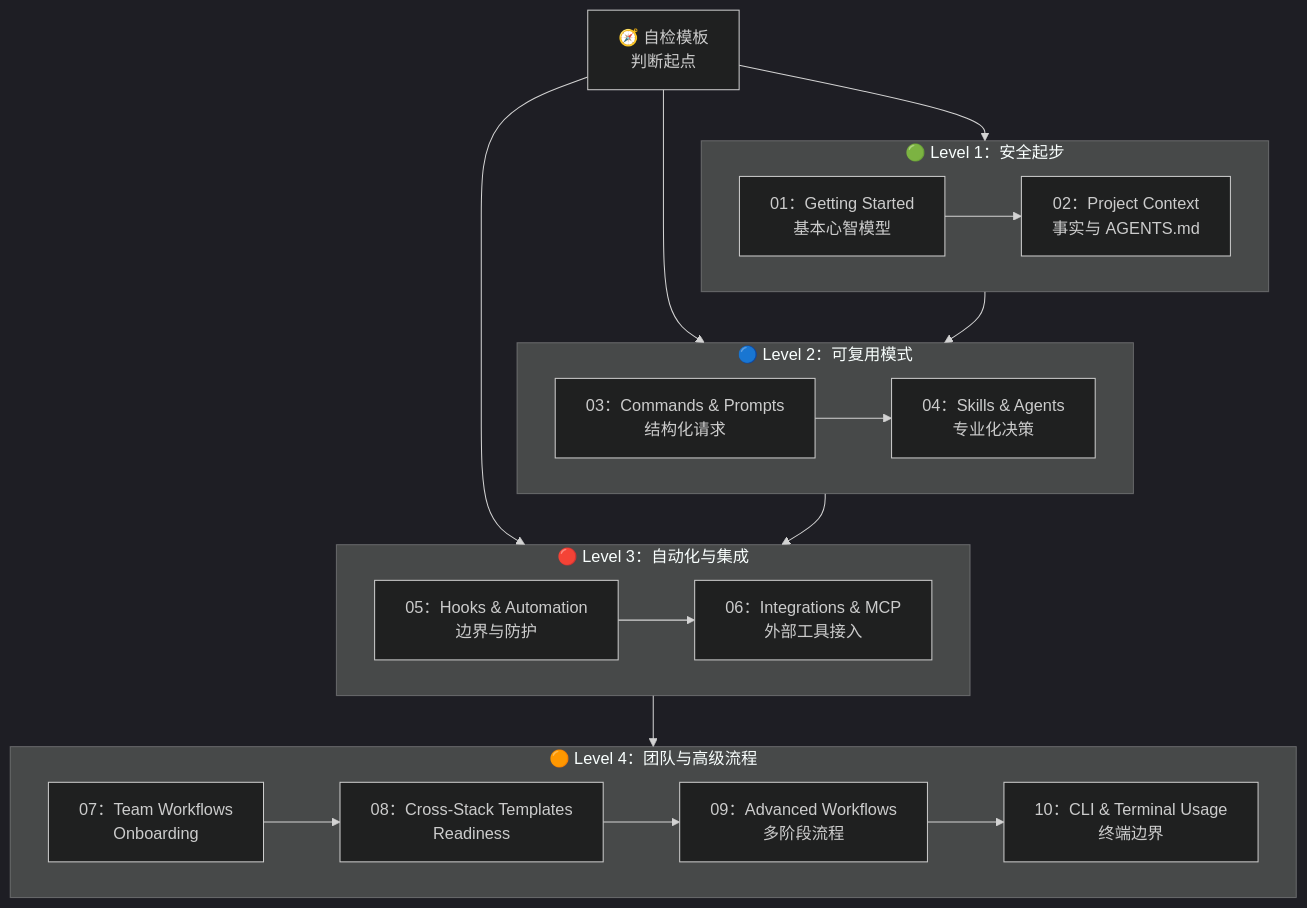
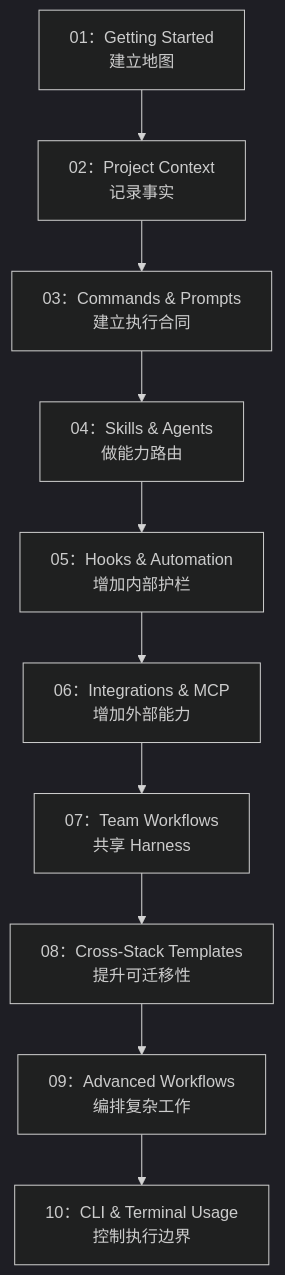
Before and after one commit to VanGoghBuilder/opencode-harness-guide: the diagram in LEARNING-ROADMAP.zh-CN.md, drawn with Mermaid (dark theme). The commit also changed other lines of this file and 37 other files, not shown here.

````diff
--- a/LEARNING-ROADMAP.zh-CN.md
+++ b/LEARNING-ROADMAP.zh-CN.md
@@ -44,32 +41,12 @@
 ```mermaid
 graph TD
-    Q["🧭 自检模板<br/>判断起点"] --> L1
-    Q --> L2
-    Q --> L3
-
-    subgraph L1["🟢 Level 1：安全起步"]
-        direction LR
-        A["01：Getting Started<br/>基本心智模型"] --> B["02：Project Context<br/>事实与 AGENTS.md"]
-    end
-
-    subgraph L2["🔵 Level 2：可复用模式"]
-        direction LR
-        C["03：Commands & Prompts<br/>结构化请求"] --> D["04：Skills & Agents<br/>专业化决策"]
-    end
-
-    subgraph L3["🔴 Level 3：自动化与集成"]
-        direction LR
-        E["05：Hooks & Automation<br/>边界与防护"] --> F["06：Integrations & MCP<br/>外部工具接入"]
-    end
-
-    subgraph L4["🟠 Level 4：团队与高级流程"]
-        direction LR
-        G["07：Team Workflows<br/>Onboarding"] --> H["08：Cross-Stack Templates<br/>Readiness"]
-        H --> I["09：Advanced Workflows<br/>多阶段流程"]
-        I --> J["10：CLI & Terminal Usage<br/>终端边界"]
-    end
-
-    L1 --> L2
-    L2 --> L3
-    L3 --> L4
+    A["01：Getting Started<br/>建立地图"] --> B["02：Project Context<br/>记录事实"]
+    B --> C["03：Commands & Prompts<br/>建立执行合同"]
+    C --> D["04：Skills & Agents<br/>做能力路由"]
+    D --> E["05：Hooks & Automation<br/>增加内部护栏"]
+    E --> F["06：Integrations & MCP<br/>增加外部能力"]
+    F --> G["07：Team Workflows<br/>共享 Harness"]
+    G --> H["08：Cross-Stack Templates<br/>提升可迁移性"]
+    H --> I["09：Advanced Workflows<br/>编排复杂工作"]
+    I --> J["10：CLI & Terminal Usage<br/>控制执行边界"]
 ```
````
